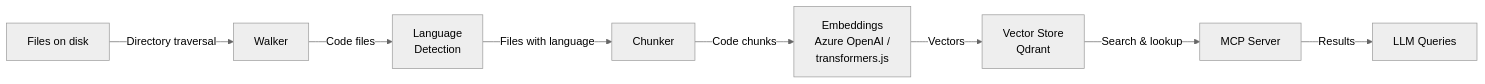
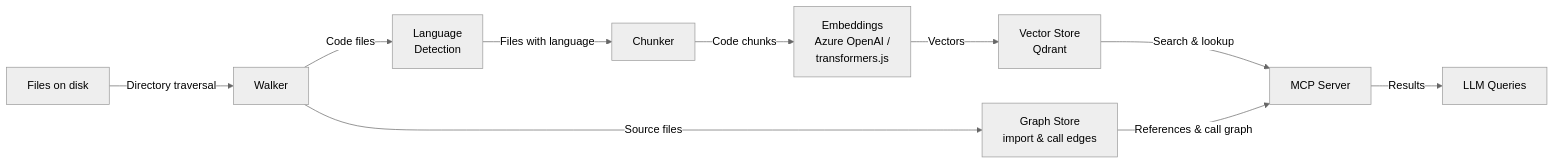
Before and after one commit to Ardit175/repolens: the diagram in ARCHITECTURE.md, drawn with Mermaid (neutral theme). The commit also changed other lines of this file and 7 other files, not shown here.

Commit message:
feat: add find_references and call_graph MCP tools

````diff
--- a/ARCHITECTURE.md
+++ b/ARCHITECTURE.md
@@ -21,19 +21,22 @@
 ```mermaid
 graph LR
   Files[Files on disk]
   Walker[Walker]
   Language[Language<br/>Detection]
   Chunker[Chunker]
   Embeddings[Embeddings<br/>Azure OpenAI /<br/>transformers.js]
   Store[Vector Store<br/>Qdrant]
+  Graph[Graph Store<br/>import & call edges]
   MCP[MCP Server]
   LLM[LLM Queries]
 
   Files -->|Directory traversal| Walker
   Walker -->|Code files| Language
   Language -->|Files with language| Chunker
   Chunker -->|Code chunks| Embeddings
+  Walker -->|Source files| Graph
   Embeddings -->|Vectors| Store
   Store -->|Search & lookup| MCP
+  Graph -->|References & call graph| MCP
   MCP -->|Results| LLM
 ```
````
